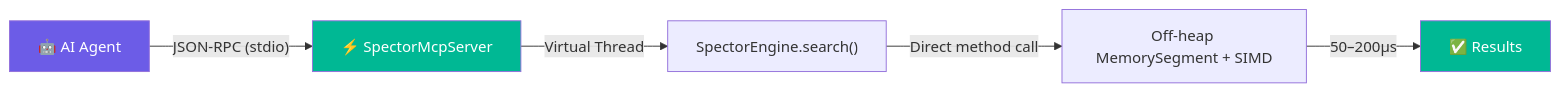
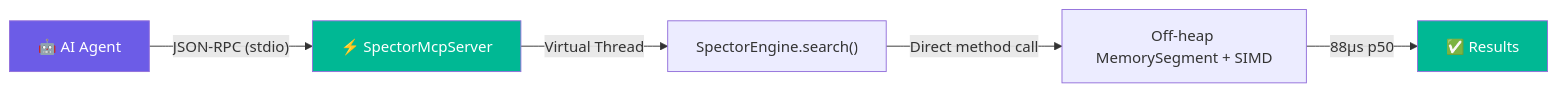
The first of 3 diagrams in README.md (spectrayan/spector), drawn with Mermaid before and after one commit. The commit also changed 8 other files, not shown here.

````diff
--- a/README.md
+++ b/README.md
@@ -18,11 +18,11 @@
 ```mermaid
 graph LR
     A["🤖 AI Agent"] -->|"JSON-RPC (stdio)"| B["⚡ SpectorMcpServer"]
     B -->|"Virtual Thread"| C["SpectorEngine.search()"]
     C -->|"Direct method call"| D["Off-heap MemorySegment + SIMD"]
-    D -->|"50–200µs"| E["✅ Results"]
+    D -->|"88µs p50"| E["✅ Results"]
 
     style A fill:#6c5ce7,color:white
     style B fill:#00b894,color:white
     style E fill:#00b894,color:white
 ```
````
